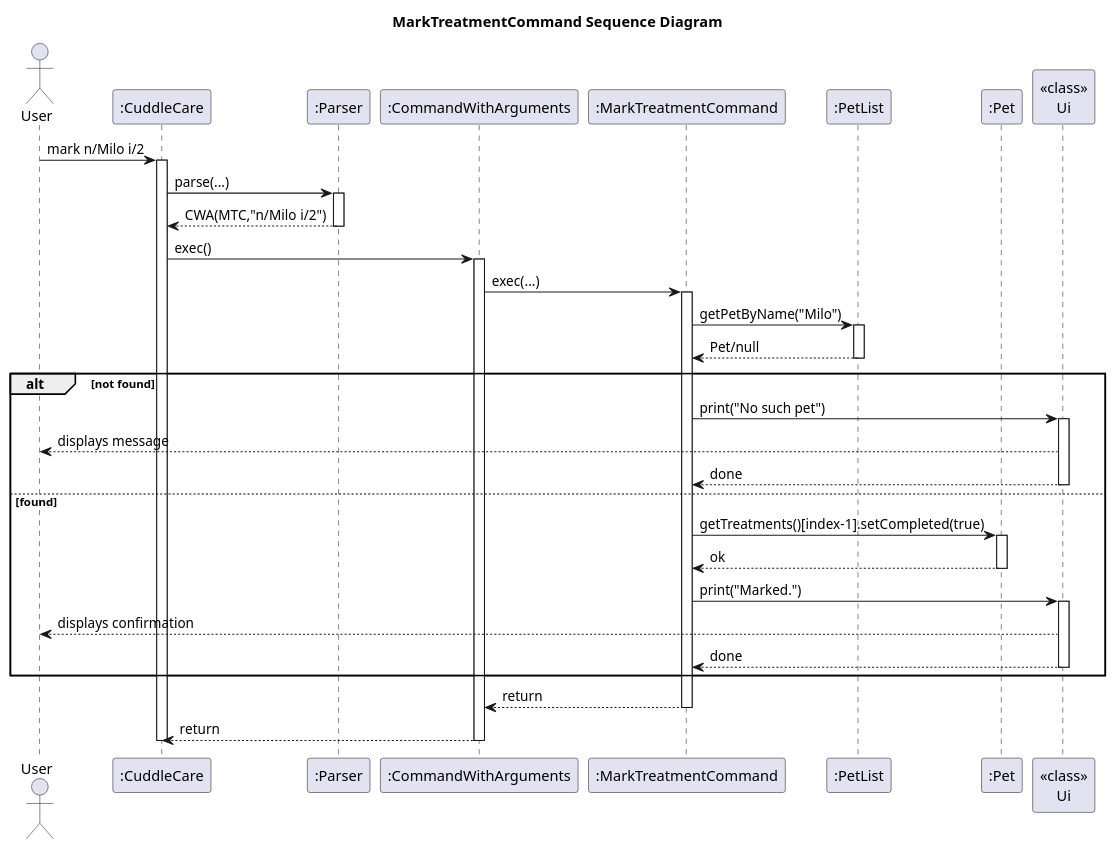
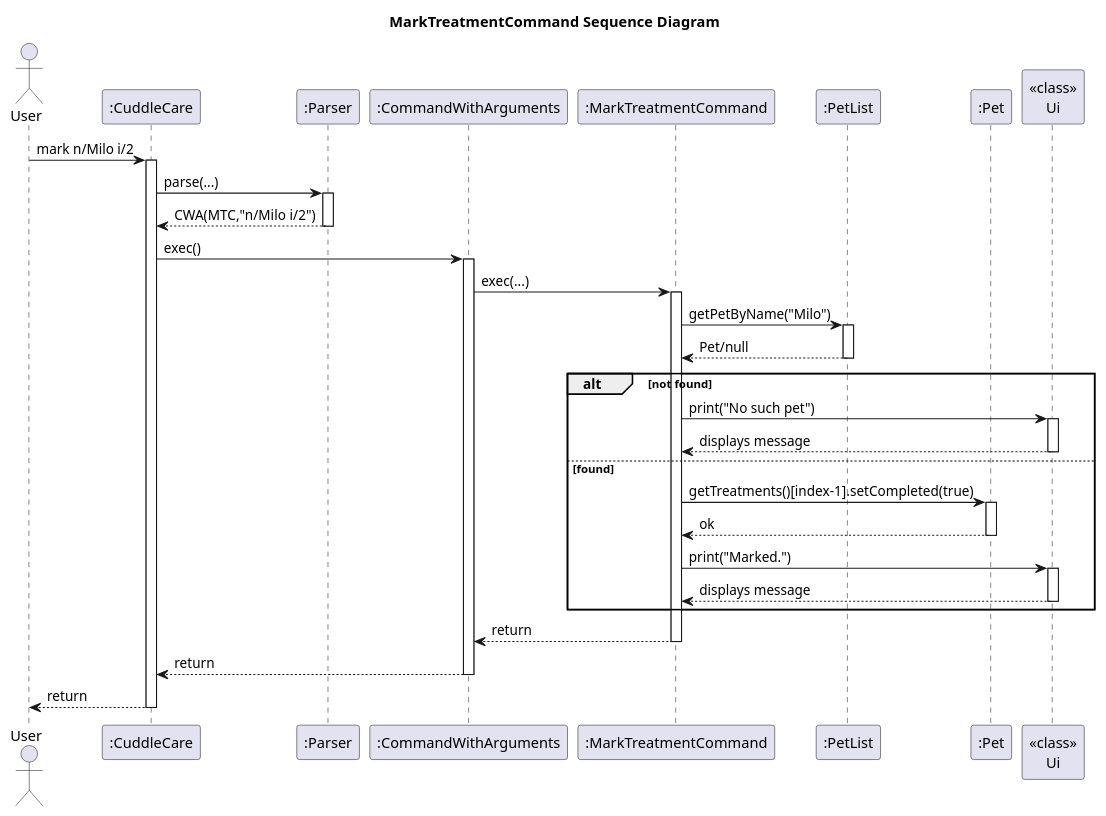
Before and after one commit to Kevin88866/tp: the diagram in docs/uml/MarkTreatmentCommand_Sequence_Diagram.puml, drawn with PlantUML. The commit also changed 9 other files, not shown here.

Commit message:
modify sequence diagram

```diff
--- a/docs/uml/MarkTreatmentCommand_Sequence_Diagram.puml
+++ b/docs/uml/MarkTreatmentCommand_Sequence_Diagram.puml
@@ -1,51 +1,50 @@
 @startuml
 title MarkTreatmentCommand Sequence Diagram
 actor User
 participant ":CuddleCare" as CuddleCare
 participant ":Parser" as Parser
 participant ":CommandWithArguments" as CWA
 participant ":MarkTreatmentCommand" as MTC
 participant ":PetList" as PetList
 participant ":Pet" as Pet
 participant "<<class>>\nUi" as Ui
 
 User -> CuddleCare : mark n/Milo i/2
 activate CuddleCare
 CuddleCare -> Parser : parse(...)
 activate Parser
 Parser --> CuddleCare : CWA(MTC,"n/Milo i/2")
 deactivate Parser
 
 CuddleCare -> CWA : exec()
 activate CWA
 CWA -> MTC : exec(...)
 activate MTC
 MTC -> PetList : getPetByName("Milo")
 activate PetList
 PetList --> MTC : Pet/null
 deactivate PetList
 
 alt not found
   MTC -> Ui : print("No such pet")
   activate Ui
-  Ui --> User : displays message
-  Ui --> MTC : done
+  Ui --> MTC : displays message
   deactivate Ui
 else found
   MTC -> Pet : getTreatments()[index-1].setCompleted(true)
   activate Pet
   Pet --> MTC : ok
   deactivate Pet
   MTC -> Ui : print("Marked.")
   activate Ui
-  Ui --> User : displays confirmation
-  Ui --> MTC : done
+  Ui --> MTC : displays message
   deactivate Ui
 end
 
 MTC --> CWA : return
 deactivate MTC
 CWA --> CuddleCare : return
 deactivate CWA
+CuddleCare --> User : return
 deactivate CuddleCare
 @enduml
```
